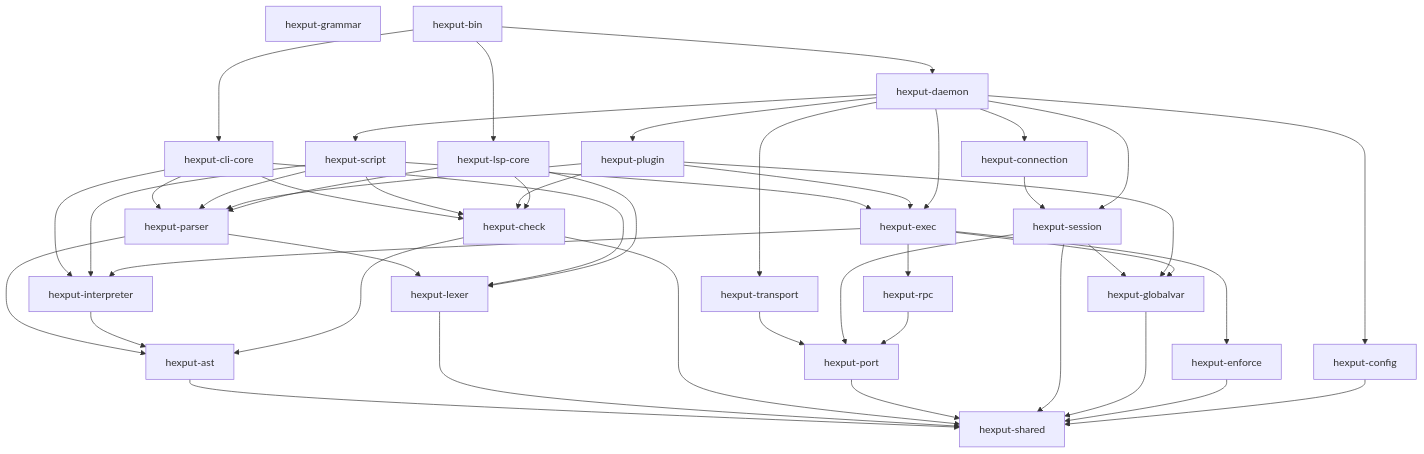
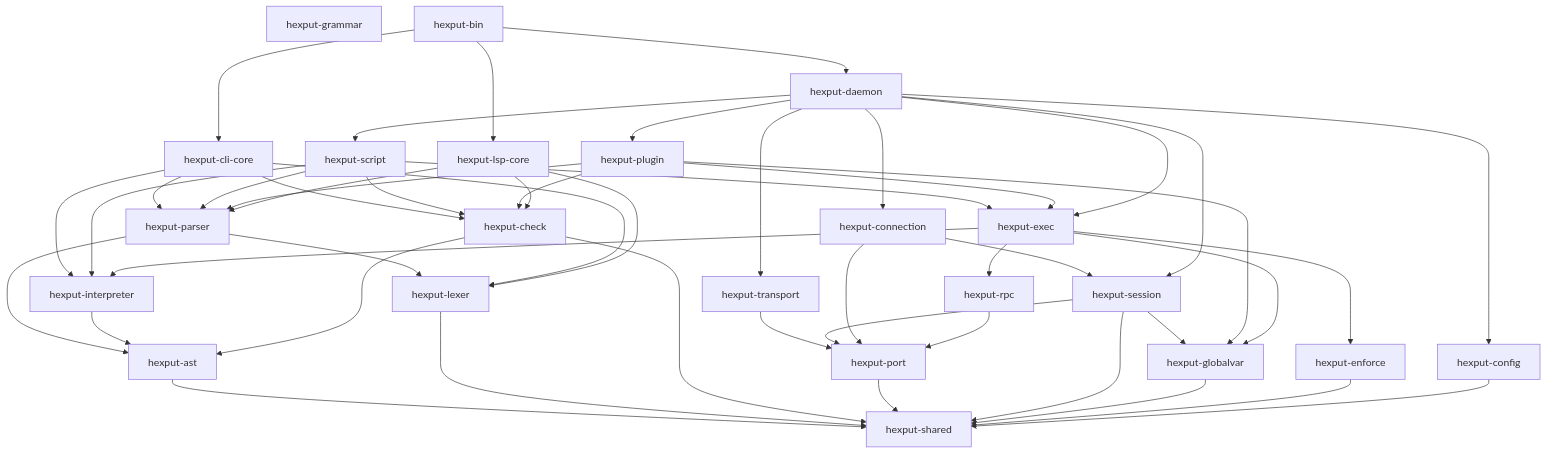
One commit to hexput/hexput changed the second of 3 diagrams in _bmad-output/planning-artifacts/architecture/architecture-hexput-2026-09-18/ARCHITECTURE-SPINE.md. Above: the diagram before and after it, drawn with Mermaid. The commit also changed other lines of this file and 26 other files, not shown here.

````diff
--- a/_bmad-output/planning-artifacts/architecture/architecture-hexput-2026-09-18/ARCHITECTURE-SPINE.md
+++ b/_bmad-output/planning-artifacts/architecture/architecture-hexput-2026-09-18/ARCHITECTURE-SPINE.md
@@ -198,56 +198,57 @@
 ```mermaid
 graph TD
   shared[hexput-shared]
 
   ast[hexput-ast] --> shared
   lexer[hexput-lexer] --> shared
   parser[hexput-parser] --> lexer
   parser --> ast
   interp[hexput-interpreter] --> ast
   check[hexput-check] --> ast
   check --> shared
   clicore[hexput-cli-core] --> lexer
   clicore --> parser
   clicore --> interp
   clicore --> check
 
   transport[hexput-transport] --> port[hexput-port]
   port --> shared
   session[hexput-session] --> port
   session --> shared
   conn[hexput-connection] --> session
+  conn --> port
   session --> globalvar
   script[hexput-script] --> parser
   script --> interp
   script --> check
   script --> exec[hexput-exec]
   plugin[hexput-plugin] --> parser
   plugin --> globalvar[hexput-globalvar]
   plugin --> exec
   plugin --> check
   globalvar --> shared
   exec --> enforce[hexput-enforce]
   exec --> interp
   exec --> rpc[hexput-rpc]
   exec --> globalvar
   enforce --> shared
   rpc --> port
   config[hexput-config] --> shared
 
   daemon[hexput-daemon] --> transport
   daemon --> session
   daemon --> conn
   daemon --> script
   daemon --> plugin
   daemon --> config
   daemon --> exec
 
   grammar[hexput-grammar]
   lspcore[hexput-lsp-core] --> lexer
   lspcore --> parser
   lspcore --> check
 
   bin[hexput-bin] --> daemon
   bin --> clicore
   bin --> lspcore
 ```
````
